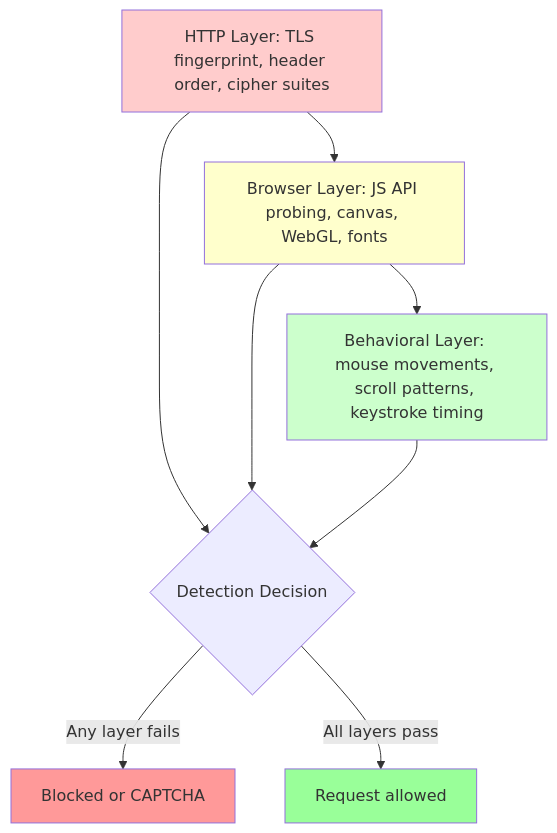
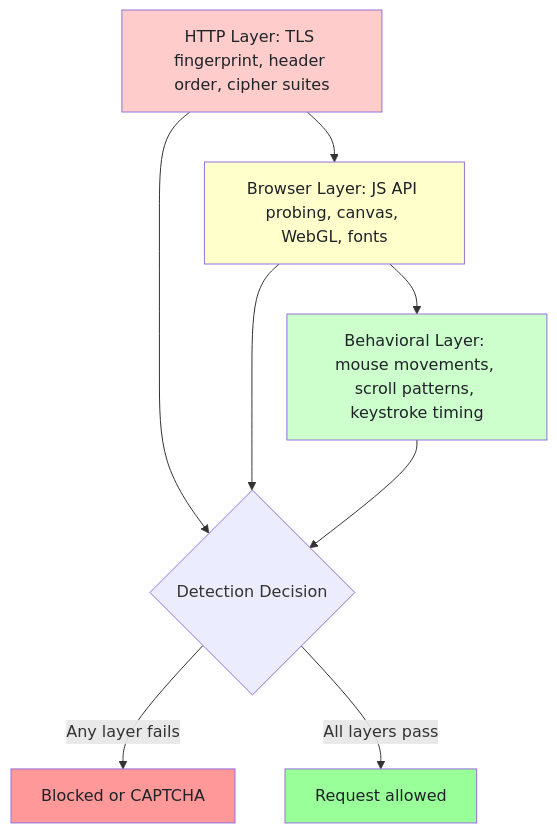
The first of 5 diagrams in _posts/2026-02-18-stealth-browsers-in-2026-camoufox-nodriver-and-the-anti-detection-arms-race.md (bytetunnels/bytetunnels.github.com), drawn with Mermaid before and after one commit. The commit also changed other lines of this file and 118 other files, not shown here.

Commit message:
feat: improve diagram styling and compact wide flowcharts

````diff
--- a/_posts/2026-02-18-stealth-browsers-in-2026-camoufox-nodriver-and-the-anti-detection-arms-race.md
+++ b/_posts/2026-02-18-stealth-browsers-in-2026-camoufox-nodriver-and-the-anti-detection-arms-race.md
@@ -23,17 +23,17 @@
 ```mermaid
 graph TD
     A["HTTP Layer: TLS fingerprint, header order, cipher suites"] --> B["Browser Layer: JS API probing, canvas, WebGL, fonts"]
     B --> C["Behavioral Layer: mouse movements, scroll patterns, keystroke timing"]
 
     A --> D{"Detection Decision"}
     B --> D
     C --> D
     D -->|Any layer fails| E["Blocked or CAPTCHA"]
     D -->|All layers pass| F["Request allowed"]
 
-    style A fill:#ffcccc
-    style B fill:#ffffcc
-    style C fill:#ccffcc
-    style E fill:#ff9999
-    style F fill:#99ff99
+    style A fill:#ffcccc,color:#1f2328
+    style B fill:#ffffcc,color:#1f2328
+    style C fill:#ccffcc,color:#1f2328
+    style E fill:#ff9999,color:#1f2328
+    style F fill:#99ff99,color:#1f2328
 ```
````
